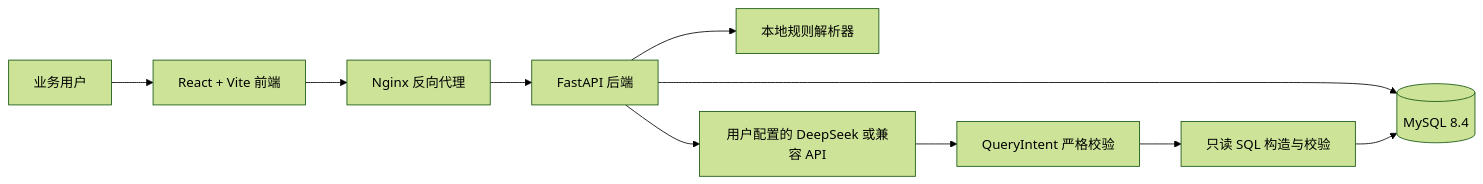
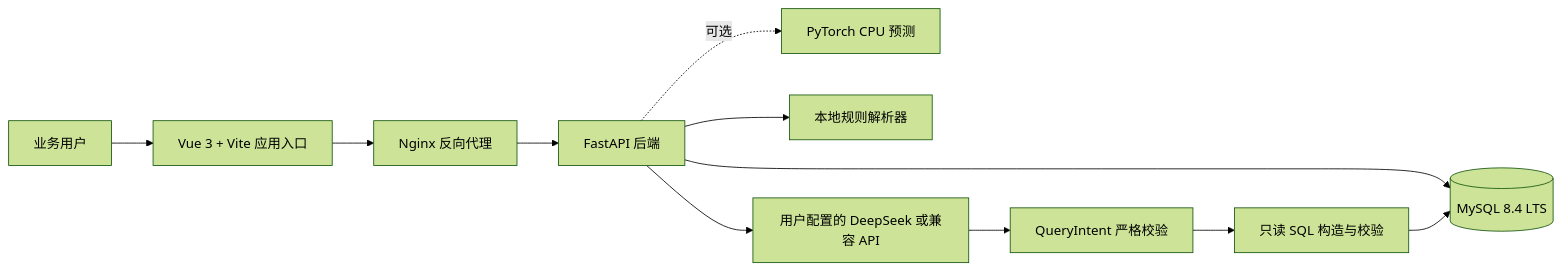
The diagram in 文档/DEFENSE_GUIDE.md (Egosist-yeqi/smart-bi-insight-report-platform), drawn with Mermaid (forest theme) before and after one commit. The commit also changed other lines of this file and 33 other files, not shown here.

````diff
--- a/文档/DEFENSE_GUIDE.md
+++ b/文档/DEFENSE_GUIDE.md
@@ -23,12 +23,13 @@
 ```mermaid
 flowchart LR
-  U[业务用户] --> F[React + Vite 前端]
+  U[业务用户] --> F[Vue 3 + Vite 应用入口]
   F --> N[Nginx 反向代理]
   N --> B[FastAPI 后端]
-  B --> M[(MySQL 8.4)]
+  B --> M[(MySQL 8.4 LTS)]
+  B -.可选.-> T[PyTorch CPU 预测]
   B --> R[本地规则解析器]
   B --> A[用户配置的 DeepSeek 或兼容 API]
   A --> V[QueryIntent 严格校验]
   V --> S[只读 SQL 构造与校验]
   S --> M
 ```
````
